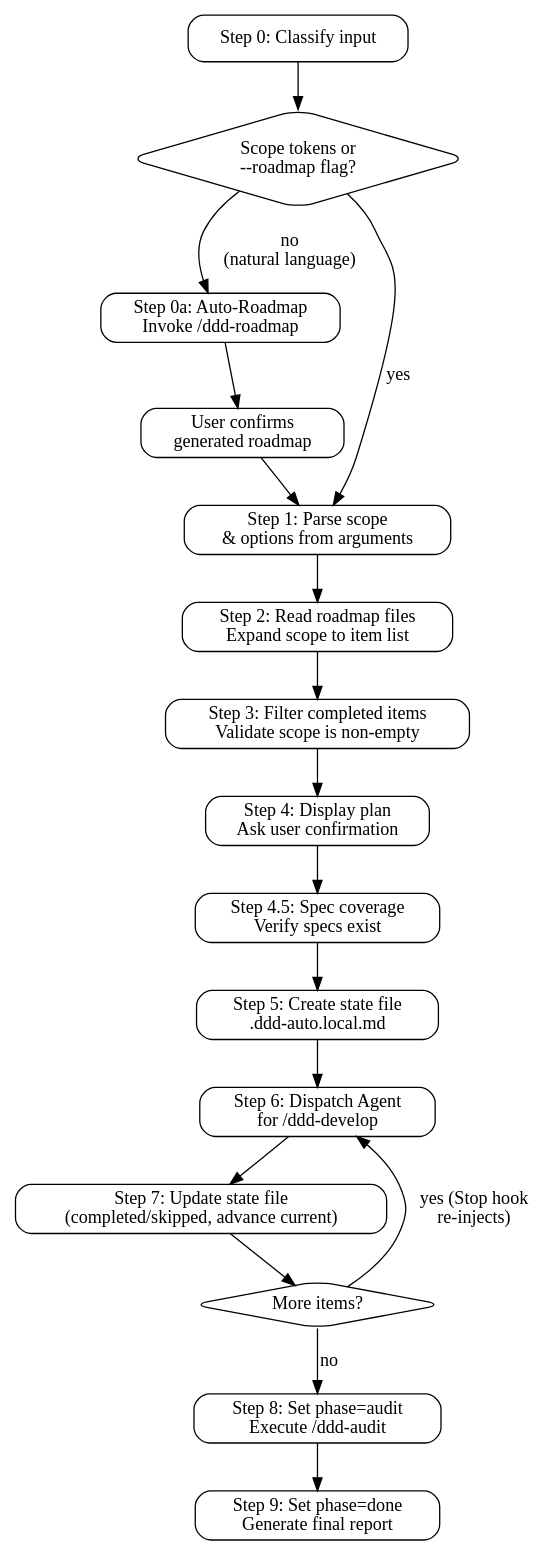
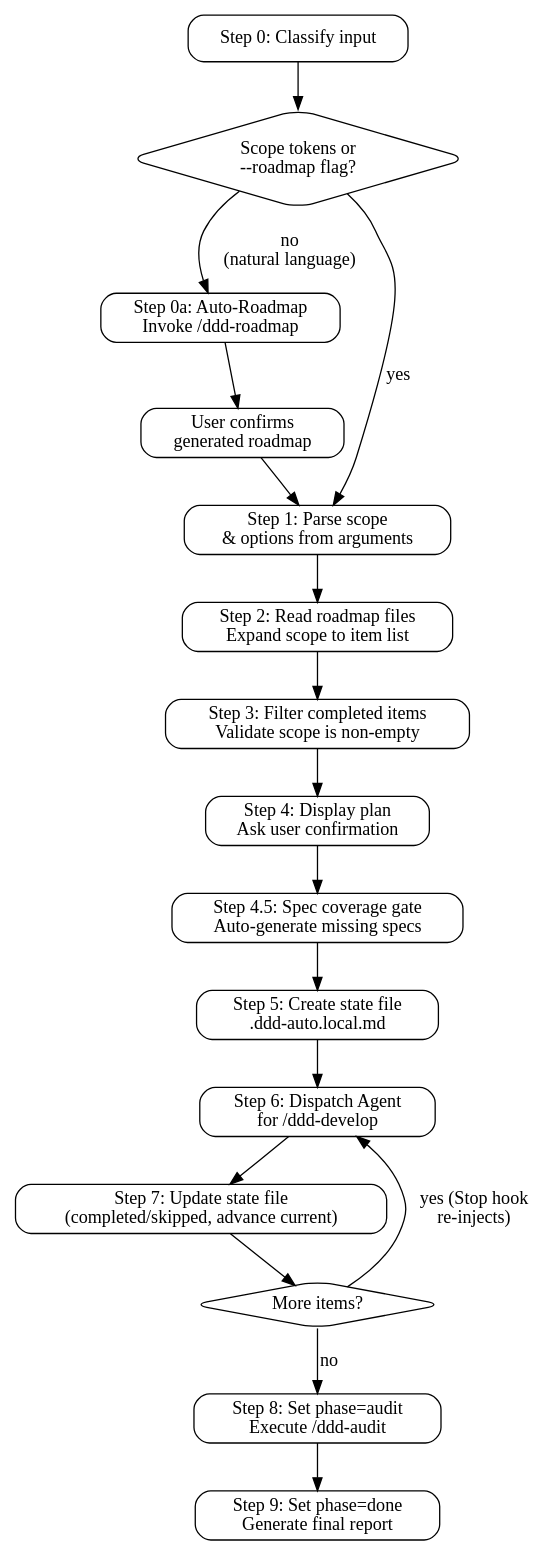
One commit to litecore-ai/ddd-coding-skills changed the diagram in skills/ddd-auto/SKILL.md. Above: the diagram before and after it, drawn with Graphviz. The commit also changed other lines of this file and 5 other files, not shown here.

First line of the commit message:
feat(ddd-auto): hard spec coverage gate — auto-generate missing specs before development

````diff
--- a/skills/ddd-auto/SKILL.md
+++ b/skills/ddd-auto/SKILL.md
@@ -51,33 +52,33 @@
 ```dot
 digraph ddd_auto {
   rankdir=TB;
   node [shape=box, style=rounded];
 
   classify [label="Step 0: Classify input"];
   is_scope [label="Scope tokens or\n--roadmap flag?" shape=diamond];
   auto_roadmap [label="Step 0a: Auto-Roadmap\nInvoke /ddd-roadmap"];
   confirm_roadmap [label="User confirms\ngenerated roadmap"];
   parse [label="Step 1: Parse scope\n& options from arguments"];
   read_roadmap [label="Step 2: Read roadmap files\nExpand scope to item list"];
   validate [label="Step 3: Filter completed items\nValidate scope is non-empty"];
   confirm [label="Step 4: Display plan\nAsk user confirmation"];
-  spec_check [label="Step 4.5: Spec coverage\nVerify specs exist"];
+  spec_check [label="Step 4.5: Spec coverage gate\nAuto-generate missing specs"];
   create_state [label="Step 5: Create state file\n.ddd-auto.local.md"];
   develop [label="Step 6: Dispatch Agent\nfor /ddd-develop"];
   update [label="Step 7: Update state file\n(completed/skipped, advance current)"];
   check [label="More items?" shape=diamond];
   audit [label="Step 8: Set phase=audit\nExecute /ddd-audit"];
   report [label="Step 9: Set phase=done\nGenerate final report"];
 
   classify -> is_scope;
   is_scope -> parse [label="yes"];
   is_scope -> auto_roadmap [label="no\n(natural language)"];
   auto_roadmap -> confirm_roadmap -> parse;
 
   parse -> read_roadmap -> validate -> confirm -> spec_check -> create_state -> develop;
   develop -> update -> check;
   check -> develop [label="yes (Stop hook\nre-injects)"];
   check -> audit [label="no"];
   audit -> report;
 }
 ```
````
